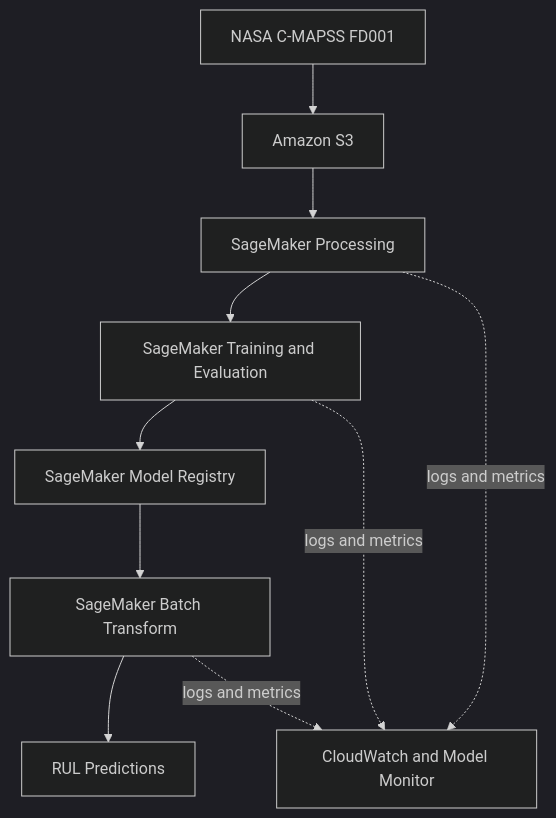
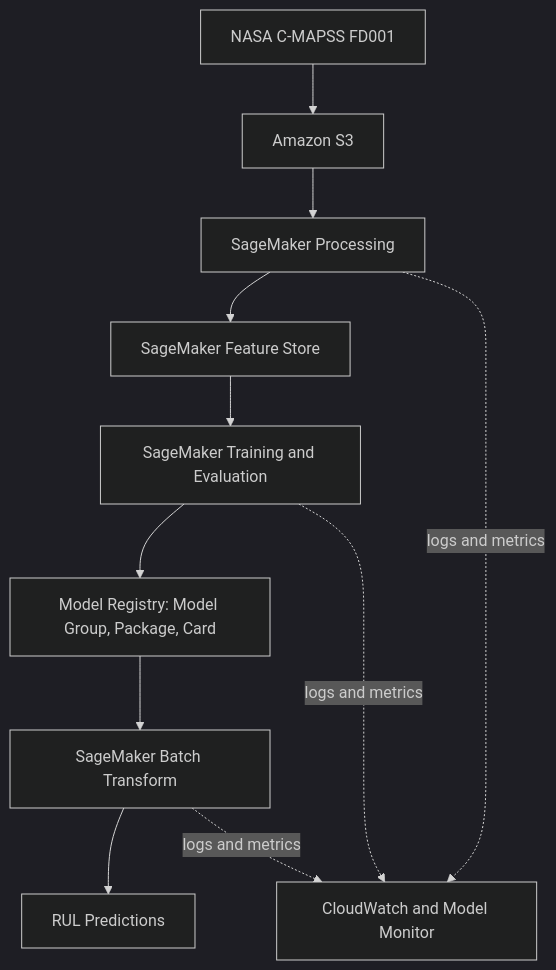
Before and after one commit to AndrewBlumhardt/usd-aai-540-turbofan-rul: the diagram in README.md, drawn with Mermaid (dark theme). The commit also changed other lines of this file, not shown here.

First line of the commit message:
docs: add Feature Store, Model Card, and module roadmap to README

````diff
--- a/README.md
+++ b/README.md
@@ -91,12 +103,13 @@
 ```mermaid
 flowchart TD
     A[NASA C-MAPSS FD001] --> B[Amazon S3]
     B --> C[SageMaker Processing]
-    C --> D[SageMaker Training and Evaluation]
-    D --> E[SageMaker Model Registry]
+    C --> FS[SageMaker Feature Store]
+    FS --> D[SageMaker Training and Evaluation]
+    D --> E[Model Registry: Model Group, Package, Card]
     E --> F[SageMaker Batch Transform]
     F --> G[RUL Predictions]
     C -. logs and metrics .-> H[CloudWatch and Model Monitor]
     D -. logs and metrics .-> H
     F -. logs and metrics .-> H
 ```
````
